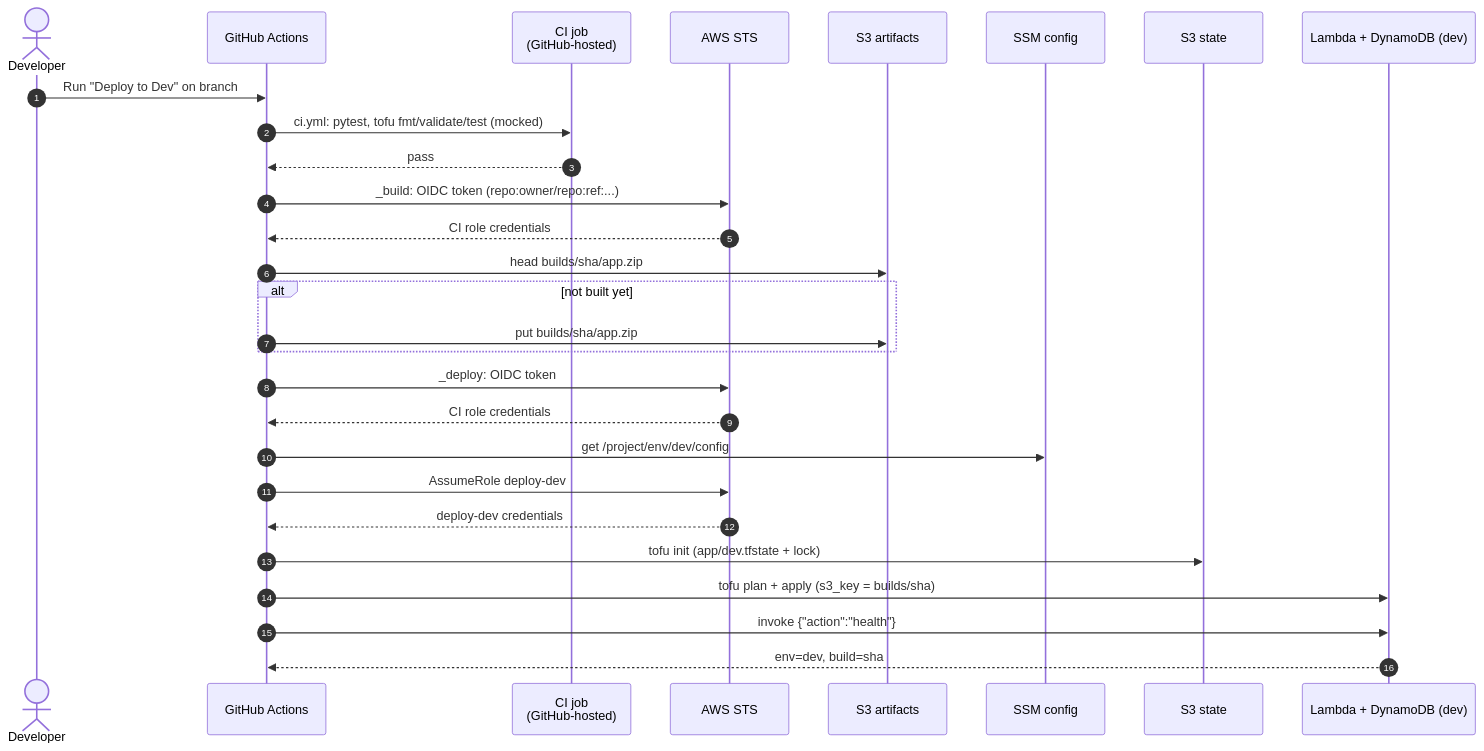
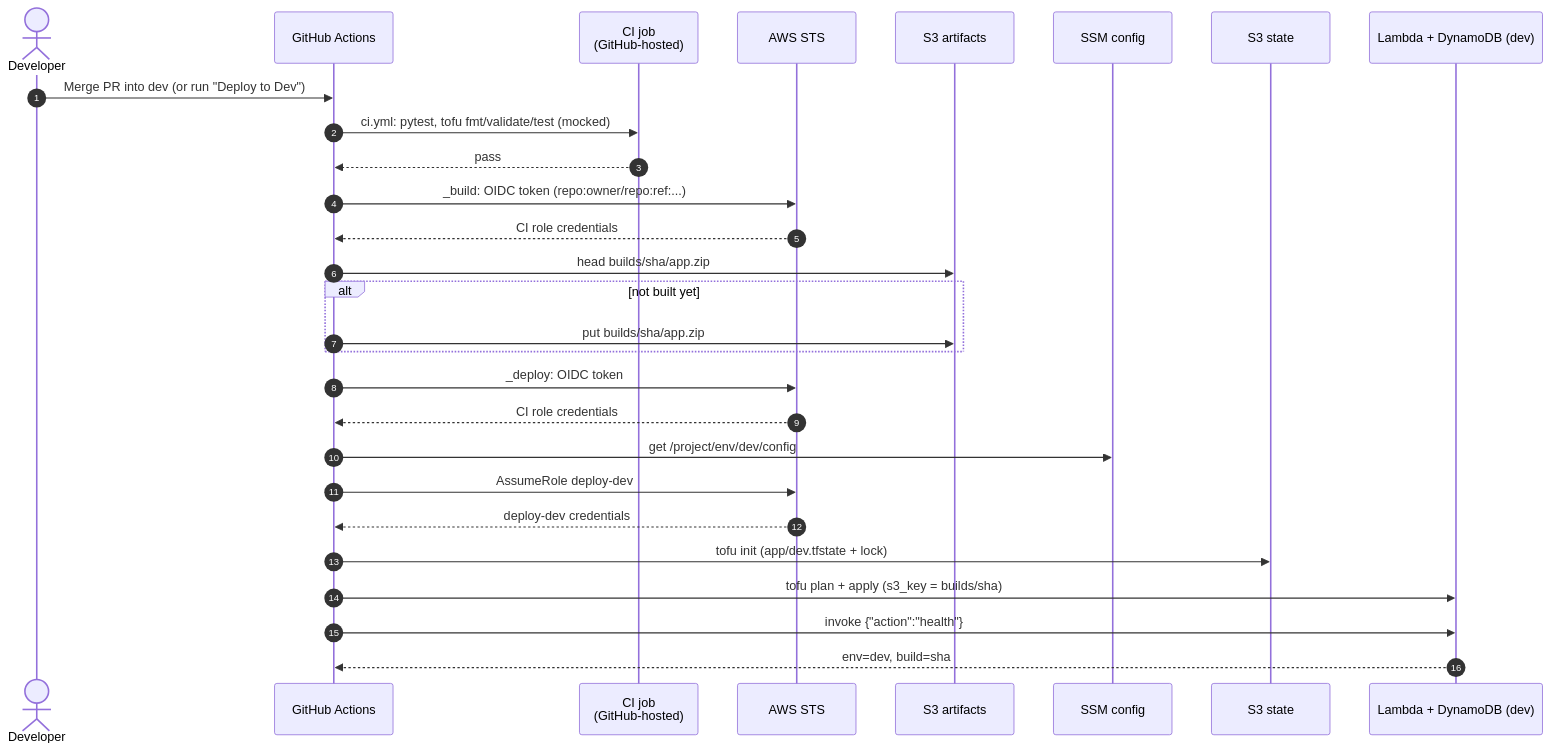
One commit to artyfartymarty/aws-cicd-pipeline changed the diagram in docs/vault/Dev deploy sequence.md. Above: the diagram before and after it, drawn with Mermaid. The commit also changed other lines of this file and 30 other files, not shown here.

First line of the commit message:
Add the dev branch and release PR flow with semantic version tags

````diff
--- a/docs/vault/Dev deploy sequence.md
+++ b/docs/vault/Dev deploy sequence.md
@@ -8,31 +8,31 @@
 ```mermaid
 sequenceDiagram
   autonumber
   actor Dev as Developer
   participant GH as GitHub Actions
   participant CI as CI job<br/>(GitHub-hosted)
   participant STS as AWS STS
   participant S3A as S3 artifacts
   participant SSM as SSM config
   participant S3S as S3 state
   participant AWS as Lambda + DynamoDB (dev)
 
-  Dev->>GH: Run "Deploy to Dev" on branch
+  Dev->>GH: Merge PR into dev (or run "Deploy to Dev")
   GH->>CI: ci.yml: pytest, tofu fmt/validate/test (mocked)
   CI-->>GH: pass
   GH->>STS: _build: OIDC token (repo:owner/repo:ref:...)
   STS-->>GH: CI role credentials
   GH->>S3A: head builds/sha/app.zip
   alt not built yet
     GH->>S3A: put builds/sha/app.zip
   end
   GH->>STS: _deploy: OIDC token
   STS-->>GH: CI role credentials
   GH->>SSM: get /project/env/dev/config
   GH->>STS: AssumeRole deploy-dev
   STS-->>GH: deploy-dev credentials
   GH->>S3S: tofu init (app/dev.tfstate + lock)
   GH->>AWS: tofu plan + apply (s3_key = builds/sha)
   GH->>AWS: invoke {"action":"health"}
   AWS-->>GH: env=dev, build=sha
 ```
````
